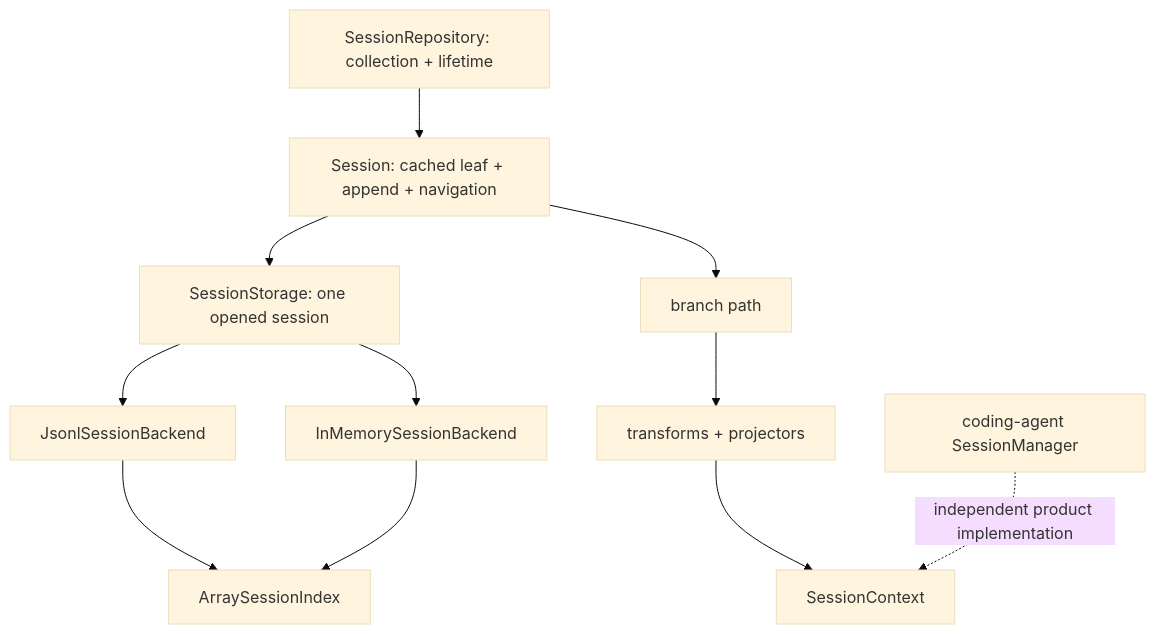
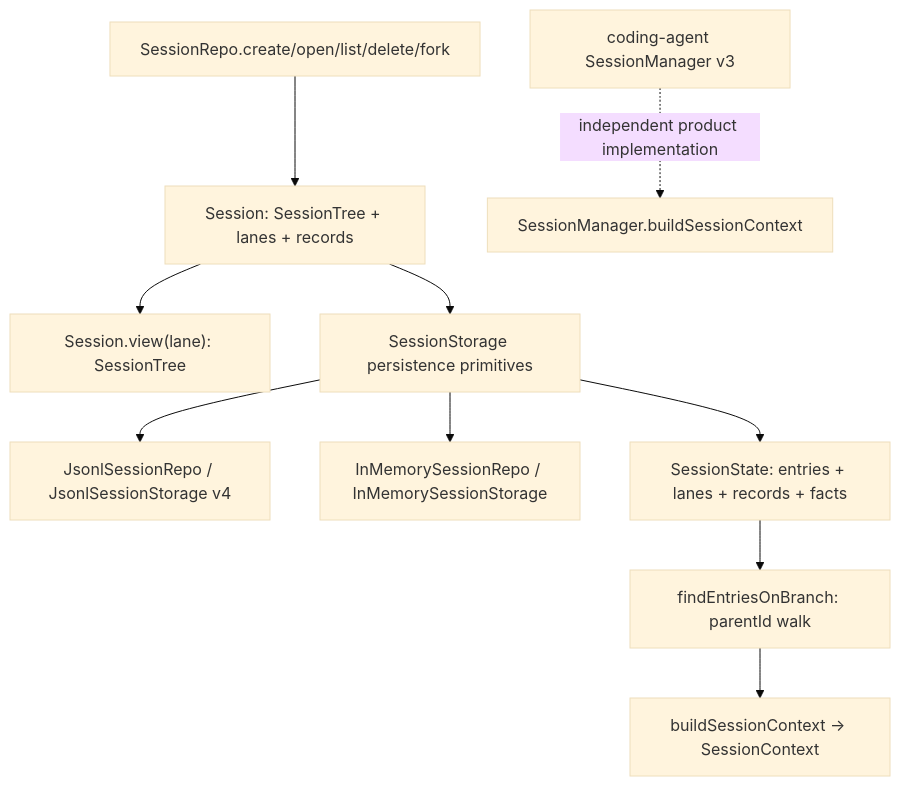
Before and after one commit to wdnmdtonyma/SOTA-Agent-LLM-Wiki: the diagram in docs/llm-wiki/pi/spine/session-state-model.md, drawn with Mermaid (base theme). The commit also changed other lines of this file and 236 other files, not shown here.

````diff
--- a/docs/llm-wiki/pi/spine/session-state-model.md
+++ b/docs/llm-wiki/pi/spine/session-state-model.md
@@ -45,13 +57,12 @@
 ```mermaid
 flowchart TD
-    R["SessionRepository: collection + lifetime"] --> S["Session: cached leaf + append + navigation"]
-    S --> C["SessionStorage: one opened session"]
-    C --> J["JsonlSessionBackend"]
-    C --> M["InMemorySessionBackend"]
-    J --> A["ArraySessionIndex"]
-    M --> A
-    S --> P["branch path"]
-    P --> T["transforms + projectors"]
-    T --> X["SessionContext"]
-    CA["coding-agent SessionManager"] -. "independent product implementation" .-> X
+    Repo["SessionRepo.create/open/list/delete/fork"] --> Sess["Session: SessionTree + lanes + records"]
+    Sess --> View["Session.view(lane): SessionTree"]
+    Sess --> Store["SessionStorage persistence primitives"]
+    Store --> Jsonl["JsonlSessionRepo / JsonlSessionStorage v4"]
+    Store --> Mem["InMemorySessionRepo / InMemorySessionStorage"]
+    Store --> State["SessionState: entries + lanes + records + facts"]
+    State --> Branch["findEntriesOnBranch: parentId walk"]
+    Branch --> Ctx["buildSessionContext -> SessionContext"]
+    CA["coding-agent SessionManager v3"] -. "independent product implementation" .-> ProductCtx["SessionManager.buildSessionContext"]
 ```
````
